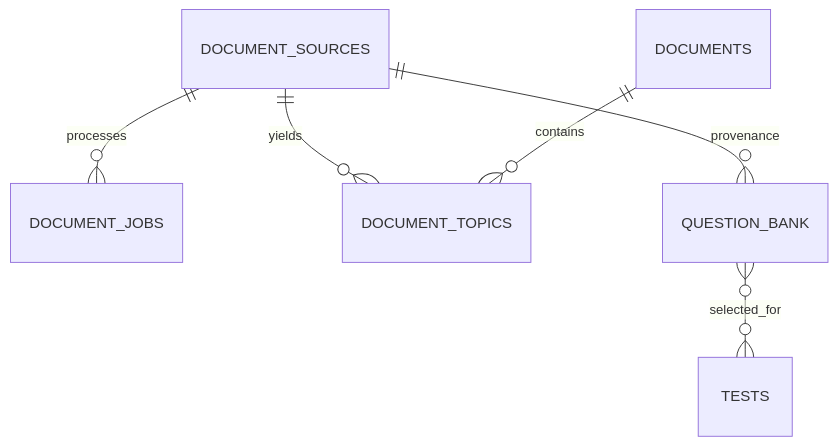
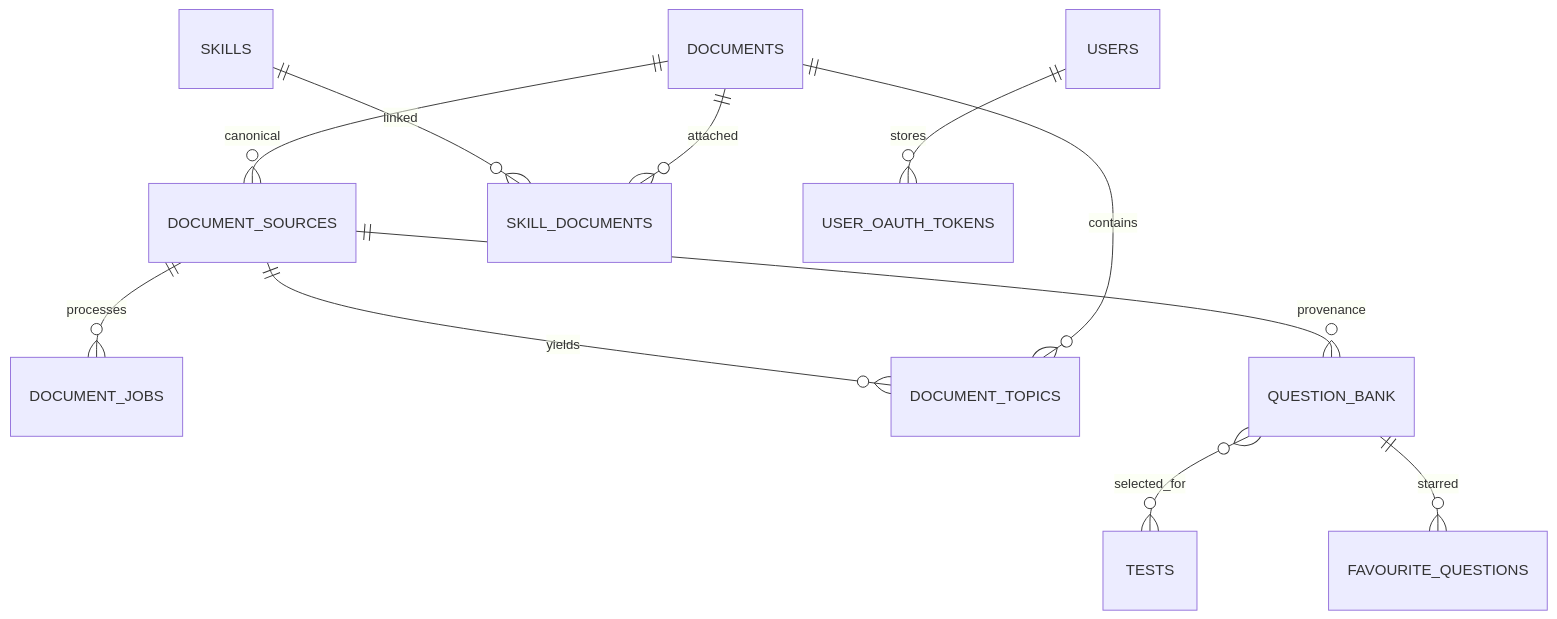
One commit to DatTran26/ITBA_PRO changed the diagram in docs/_reverse/knowledge-and-question-bank/erd.md. Above: the diagram before and after it, drawn with Mermaid. The commit also changed other lines of this file and 15 other files, not shown here.

First line of the commit message:
docs(schema): align inventory with live supabase

````diff
--- a/docs/_reverse/knowledge-and-question-bank/erd.md
+++ b/docs/_reverse/knowledge-and-question-bank/erd.md
@@ -3,8 +3,13 @@
 ```mermaid
 erDiagram
     DOCUMENT_SOURCES ||--o{ DOCUMENT_JOBS : processes
     DOCUMENT_SOURCES ||--o{ DOCUMENT_TOPICS : yields
     DOCUMENT_SOURCES ||--o{ QUESTION_BANK : provenance
     DOCUMENTS ||--o{ DOCUMENT_TOPICS : contains
+    DOCUMENTS ||--o{ DOCUMENT_SOURCES : canonical
     QUESTION_BANK }o--o{ TESTS : selected_for
+    QUESTION_BANK ||--o{ FAVOURITE_QUESTIONS : starred
+    SKILLS ||--o{ SKILL_DOCUMENTS : linked
+    DOCUMENTS ||--o{ SKILL_DOCUMENTS : attached
+    USERS ||--o{ USER_OAUTH_TOKENS : stores
 ```
````
